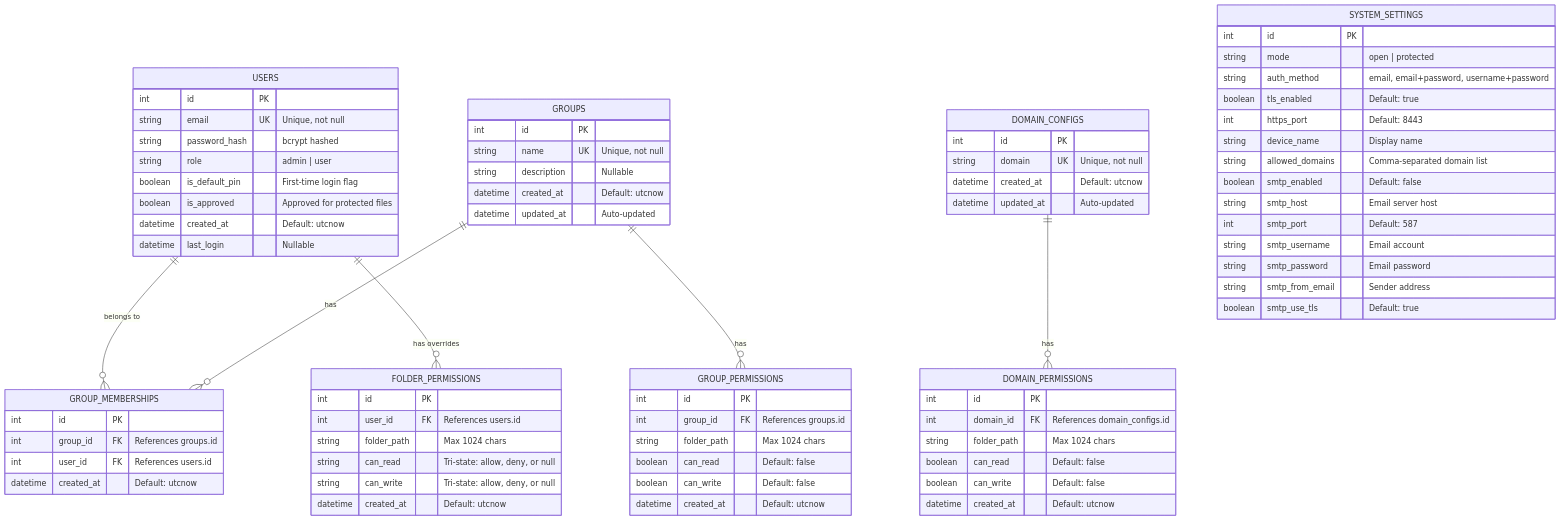
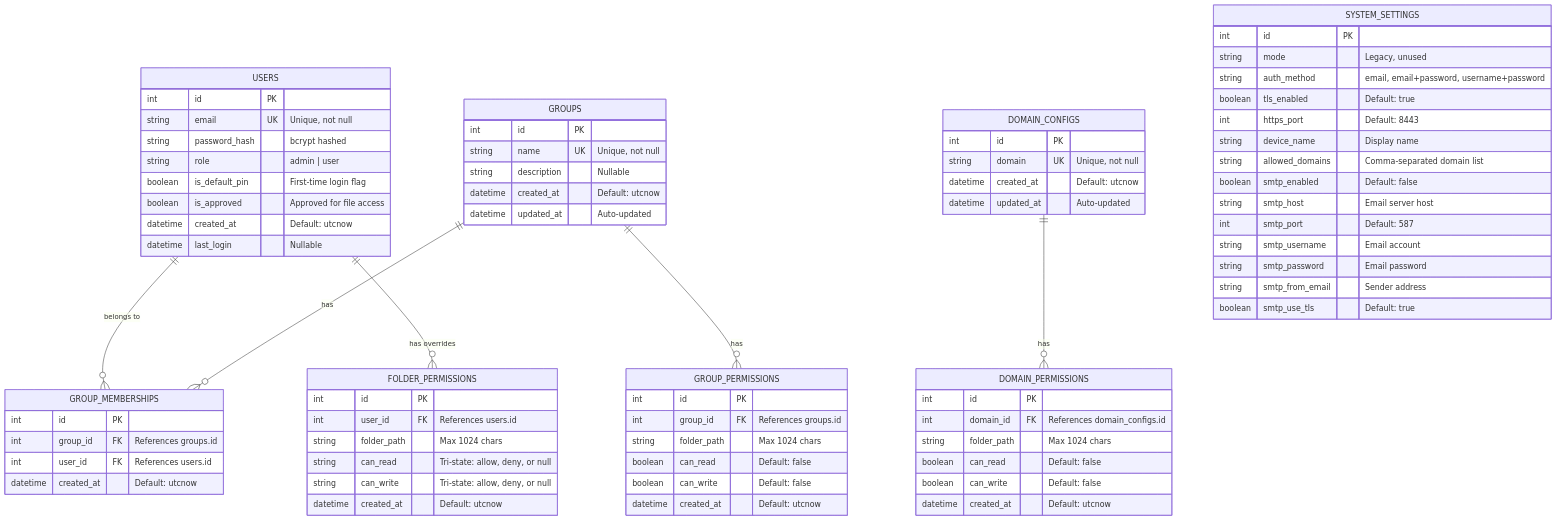
One commit to andreas-04/thumbs-up changed the eighth of 8 diagrams in docs/diagrams.md. Above: the diagram before and after it, drawn with Mermaid. The commit also changed other lines of this file, not shown here.

First line of the commit message:
Remove protected/unprotected file distinction from diagrams

```diff
--- a/docs/diagrams.md
+++ b/docs/diagrams.md
@@ -468,7 +453,7 @@
         string password_hash "bcrypt hashed"
         string role "admin | user"
         boolean is_default_pin "First-time login flag"
-        boolean is_approved "Approved for protected files"
+        boolean is_approved "Approved for file access"
         datetime created_at "Default: utcnow"
         datetime last_login "Nullable"
     }
@@ -524,7 +509,7 @@
 
     SYSTEM_SETTINGS {
         int id PK
-        string mode "open | protected"
+        string mode "Legacy, unused"
         string auth_method "email, email+password, username+password"
         boolean tls_enabled "Default: true"
         int https_port "Default: 8443"
```
